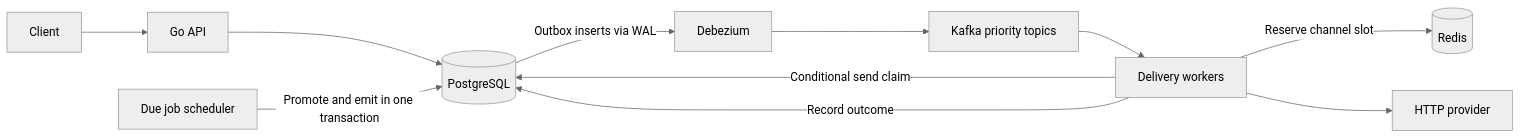
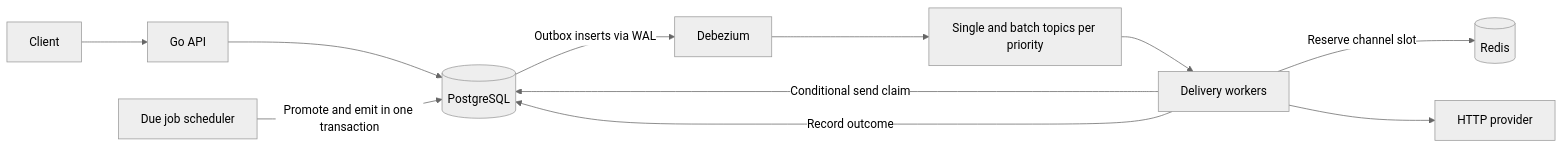
Before and after one commit to EfeDurmaz16/notification-system: the diagram in README.md, drawn with Mermaid (neutral theme). The commit also changed other lines of this file and 14 other files, not shown here.

````diff
--- a/README.md
+++ b/README.md
@@ -32,13 +32,13 @@
 ```mermaid
 flowchart LR
     C[Client] --> A[Go API]
     A --> P[(PostgreSQL)]
     P -->|Outbox inserts via WAL| D[Debezium]
-    D --> K[Kafka priority topics]
+    D --> K[Single and batch topics per priority]
     K --> W[Delivery workers]
     W -->|Reserve channel slot| R[(Redis)]
     W -->|Conditional send claim| P
     W --> H[HTTP provider]
     W -->|Record outcome| P
     S[Due job scheduler] -->|Promote and emit in one transaction| P
 ```
````
